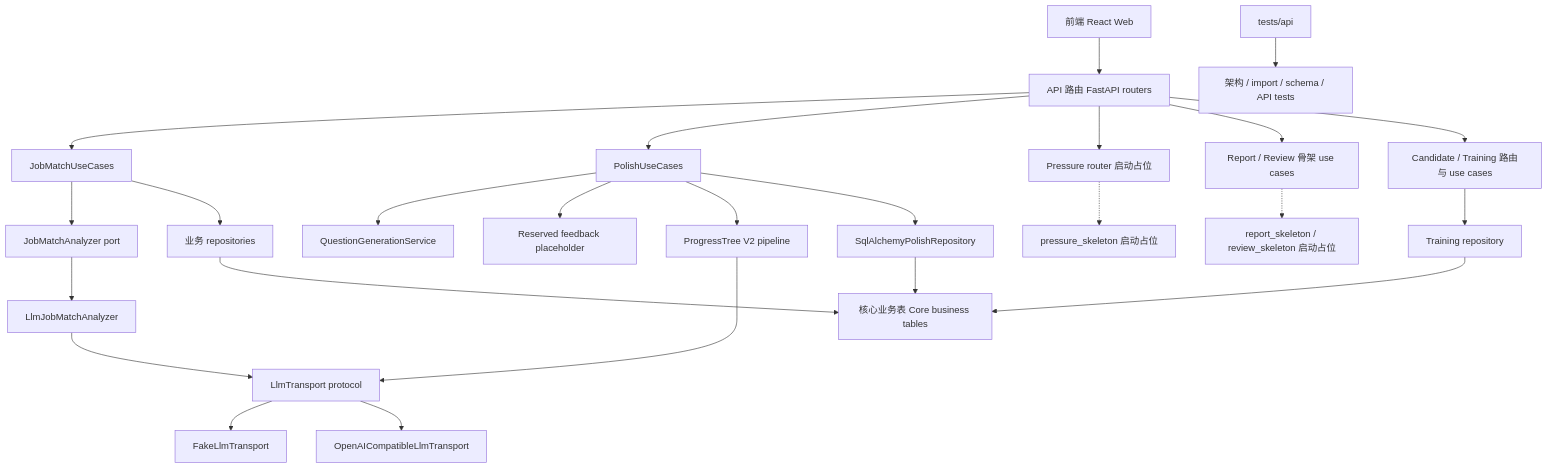
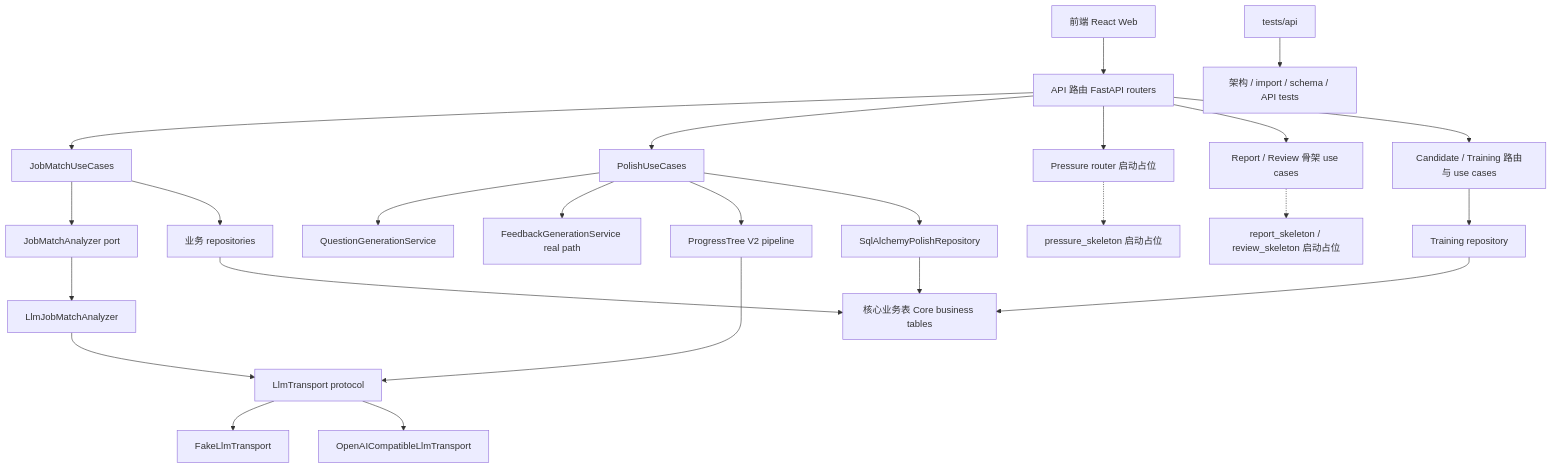
Before and after one commit to linxiecoder/AiForInterviewer: the first of 11 diagrams in docs/03-delivery/refactor-multiagent-langgraph-implementation/01_ARCHITECTURE_ASIS_TOBE.md, drawn with Mermaid. The commit also changed other lines of this file and 34 other files, not shown here.

First line of the commit message:
refactor(polish): rebuild interview intelligence core path

````diff
--- a/docs/03-delivery/refactor-multiagent-langgraph-implementation/01_ARCHITECTURE_ASIS_TOBE.md
+++ b/docs/03-delivery/refactor-multiagent-langgraph-implementation/01_ARCHITECTURE_ASIS_TOBE.md
@@ -37,33 +37,33 @@
 ```mermaid
 flowchart TB
   Web["前端 React Web"] --> Api["API 路由 FastAPI routers"]
   Api --> JobMatch["JobMatchUseCases"]
   Api --> Polish["PolishUseCases"]
   Api --> Pressure["Pressure router 启动占位"]
   Api --> ReportReview["Report / Review 骨架 use cases"]
   Api --> CandidateTraining["Candidate / Training 路由与 use cases"]
 
   JobMatch --> JobAnalyzerPort["JobMatchAnalyzer port"]
   JobAnalyzerPort --> JobLlm["LlmJobMatchAnalyzer"]
   JobLlm --> LlmPort["LlmTransport protocol"]
 
   Polish --> QuestionSvc["QuestionGenerationService"]
-  Polish --> FeedbackSvc["Reserved feedback placeholder"]
+  Polish --> FeedbackSvc["FeedbackGenerationService real path"]
   Polish --> ProgressSvc["ProgressTree V2 pipeline"]
   ProgressSvc --> LlmPort
 
   LlmPort --> Fake["FakeLlmTransport"]
   LlmPort --> OpenAI["OpenAICompatibleLlmTransport"]
 
   JobMatch --> BizRepo["业务 repositories"]
   Polish --> PolishRepo["SqlAlchemyPolishRepository"]
   CandidateTraining --> TrainingRepo["Training repository"]
   BizRepo --> BizTables["核心业务表 Core business tables"]
   PolishRepo --> BizTables
   TrainingRepo --> BizTables
 
   Pressure -.-> PressureSkeleton["pressure_skeleton 启动占位"]
   ReportReview -.-> ReportReviewSkeleton["report_skeleton / review_skeleton 启动占位"]
 
   Tests["tests/api"] --> Boundaries["架构 / import / schema / API tests"]
 ```
````
